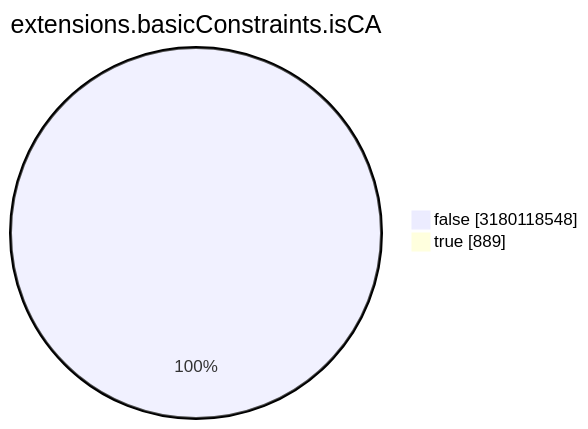
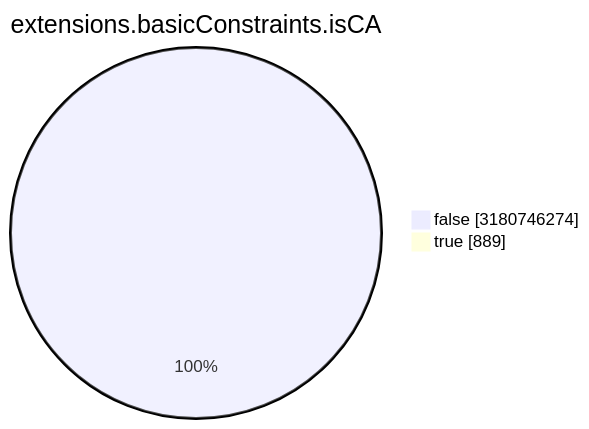
The seventh of 15 diagrams in TOTAL/README.md (christiankrug/ctmonitor_visualization), drawn with Mermaid before and after one commit. The commit also changed other lines of this file, not shown here.

````diff
--- a/TOTAL/README.md
+++ b/TOTAL/README.md
@@ -3088,6 +3088,6 @@
 ```mermaid
 pie showData
 title extensions.basicConstraints.isCA
-"false" :3180118548
+"false" :3180746274
 "true" :889
 ```
````
